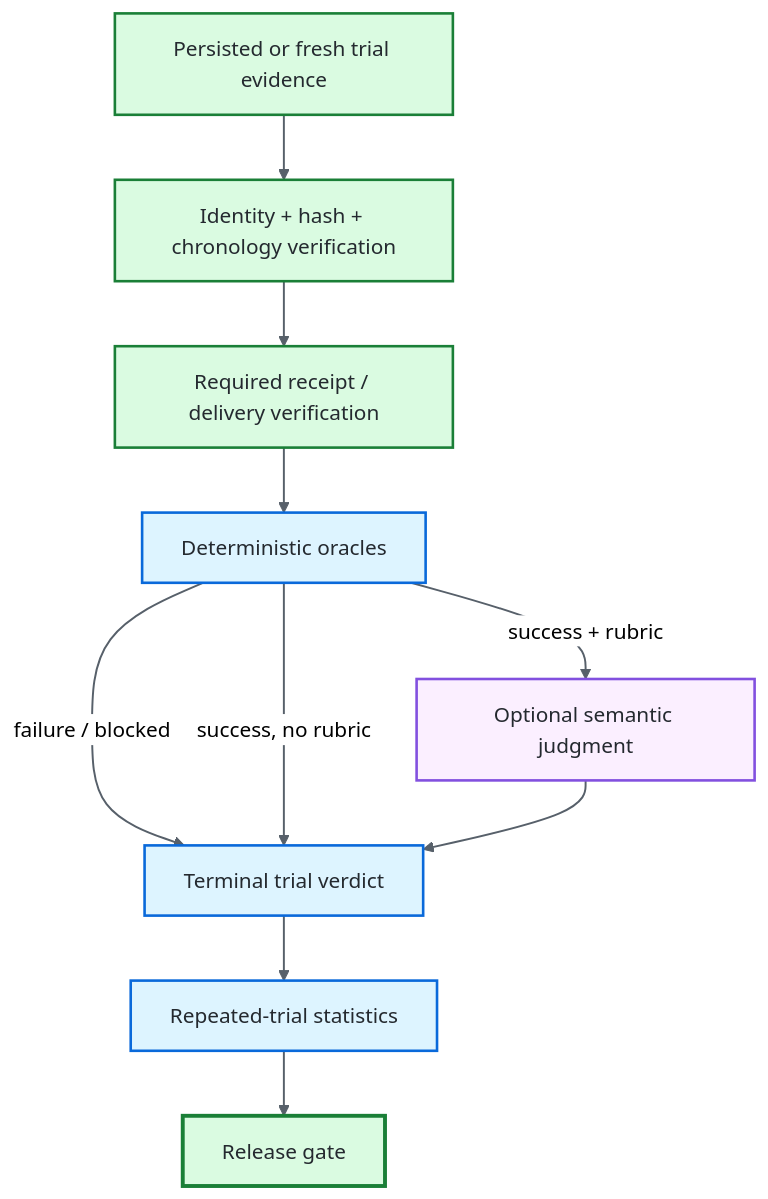
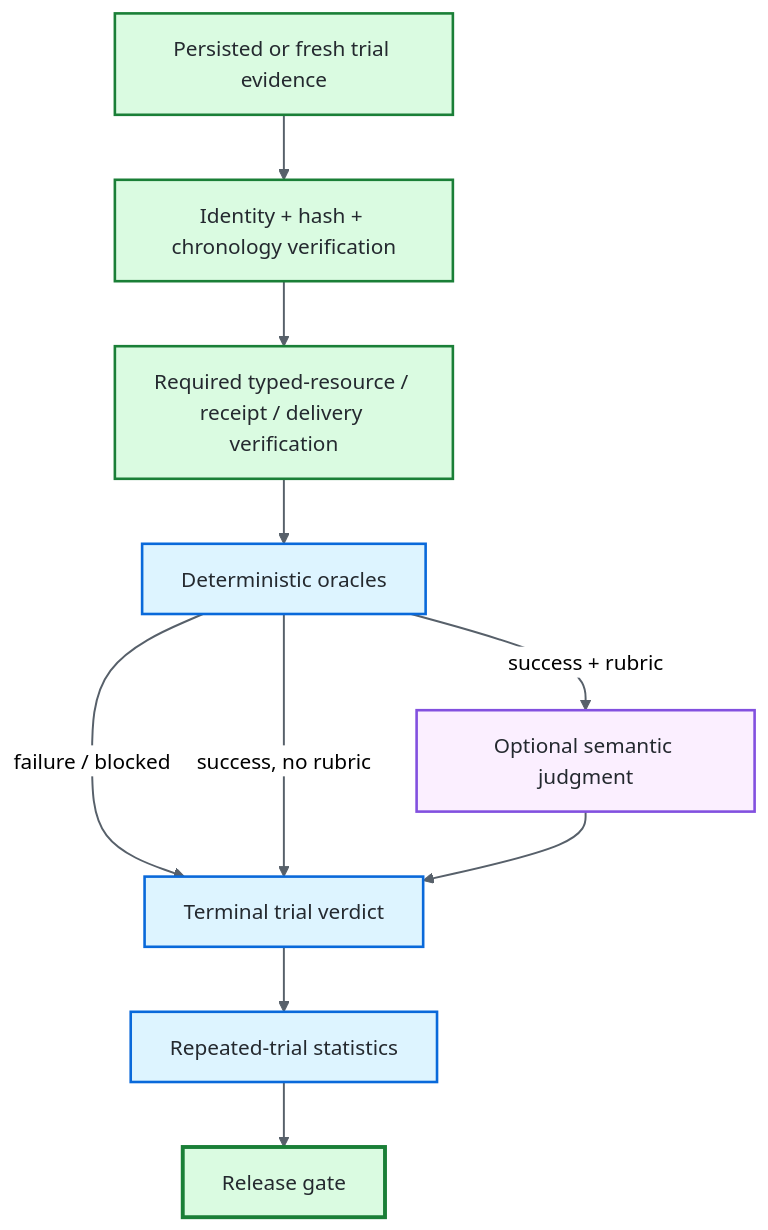
The fourth of 4 diagrams in docs/FRAMEWORK_SURFACE.md (portyu9/qa-automation-ai-agent-evals), drawn with Mermaid (neutral theme) before and after one commit. The commit also changed other lines of this file, not shown here.

Commit message:
docs(surface): expose typed resource authority boundary

````diff
--- a/docs/FRAMEWORK_SURFACE.md
+++ b/docs/FRAMEWORK_SURFACE.md
@@ -226,31 +242,31 @@
 ```mermaid
 flowchart TB
     accTitle: Evidence verification to release decision
     accDescr: Trial evidence must pass structural and semantic verification before grading. Deterministic oracles own policy, side-effect, and outcome truth. Optional semantic judgment can narrow only a deterministic success. Repeated trial verdicts then feed reliability and an explicit release gate.
 
     E[Persisted or fresh trial evidence]
     I[Identity + hash + chronology verification]
-    P[Required receipt / delivery verification]
+    P[Required typed-resource / receipt / delivery verification]
     D[Deterministic oracles]
     J[Optional semantic judgment]
     T[Terminal trial verdict]
     S[Repeated-trial statistics]
     G[Release gate]
 
     E --> I --> P --> D
     D -->|failure / blocked| T
     D -->|success, no rubric| T
     D -->|success + rubric| J --> T
     T --> S --> G
 
     classDef evidence fill:#dafbe1,stroke:#1a7f37,color:#24292f,stroke-width:2px
     classDef authority fill:#ddf4ff,stroke:#0969da,color:#24292f,stroke-width:2px
     classDef advisory fill:#fbefff,stroke:#8250df,color:#24292f,stroke-width:2px
     classDef terminal fill:#dafbe1,stroke:#1a7f37,color:#24292f,stroke-width:3px
 
     class E,I,P evidence
     class D,T,S authority
     class J advisory
     class G terminal
     linkStyle default stroke:#57606a,stroke-width:1.5px
 ```
````
